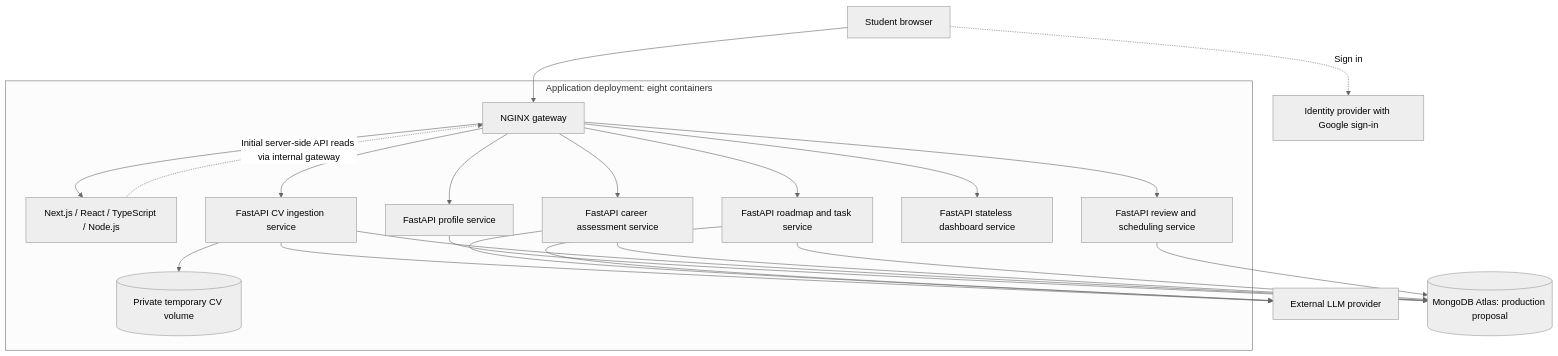
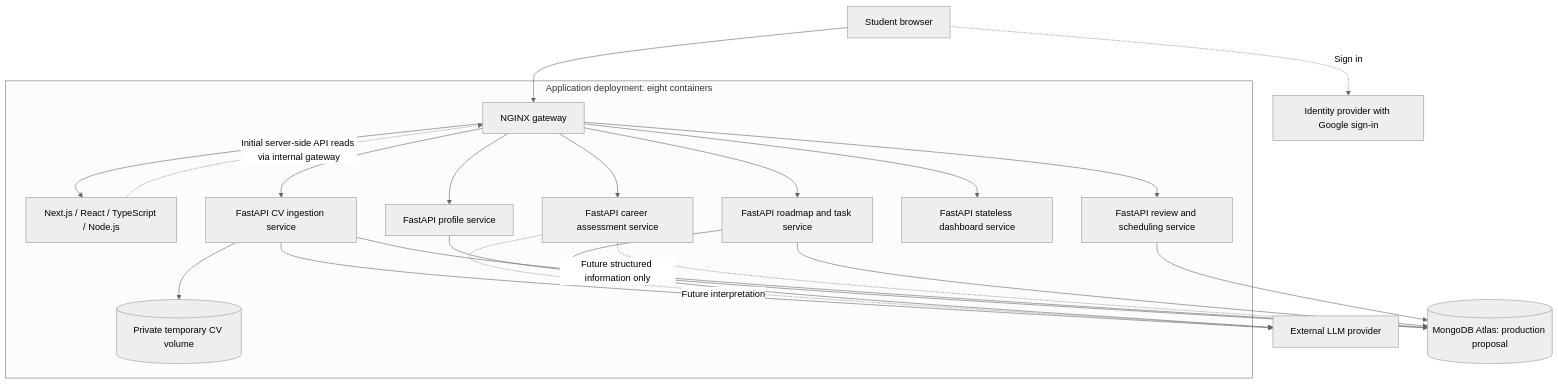
Before and after one commit to bryan034/coachify: the diagram in docs/architecture/README.md, drawn with Mermaid (neutral theme). The commit also changed other lines of this file and 34 other files, not shown here.

````diff
--- a/docs/architecture/README.md
+++ b/docs/architecture/README.md
@@ -5,39 +5,39 @@
 ```mermaid
 flowchart TB
     Student[Student browser]
     Auth[Identity provider with Google sign-in]
     LLM[External LLM provider]
     Atlas[(MongoDB Atlas: production proposal)]
 
     subgraph Deployment[Application deployment: eight containers]
         Gateway[NGINX gateway]
         Frontend[Next.js / React / TypeScript / Node.js]
         Profile[FastAPI profile service]
         CV[FastAPI CV ingestion service]
         Career[FastAPI career assessment service]
         Roadmap[FastAPI roadmap and task service]
         Dashboard[FastAPI stateless dashboard service]
         Review[FastAPI review and scheduling service]
         Uploads[(Private temporary CV volume)]
         Gateway --> Frontend
         Gateway --> Profile
         Gateway --> CV
         Gateway --> Career
         Gateway --> Roadmap
         Gateway --> Dashboard
         Gateway --> Review
         CV --> Uploads
     end
 
     Student --> Gateway
     Student -. Sign in .-> Auth
     Frontend -. Initial server-side API reads via internal gateway .-> Gateway
     Profile --> Atlas
     CV --> Atlas
-    Career --> Atlas
+    Career -. Future structured information only .-> Atlas
     Roadmap --> Atlas
     Review --> Atlas
     CV --> LLM
-    Career --> LLM
+    Career -. Future interpretation .-> LLM
     Roadmap --> LLM
 ```
````
